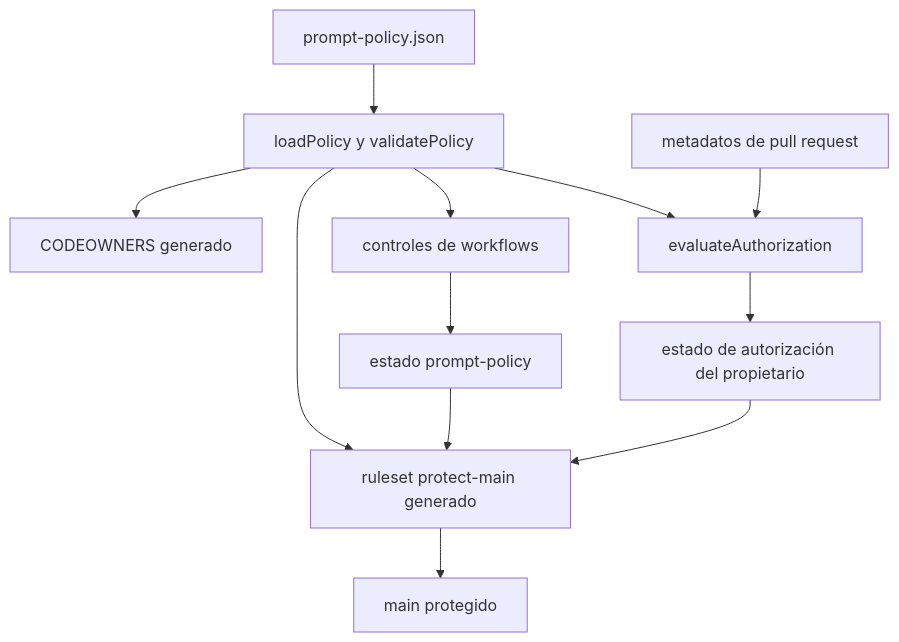
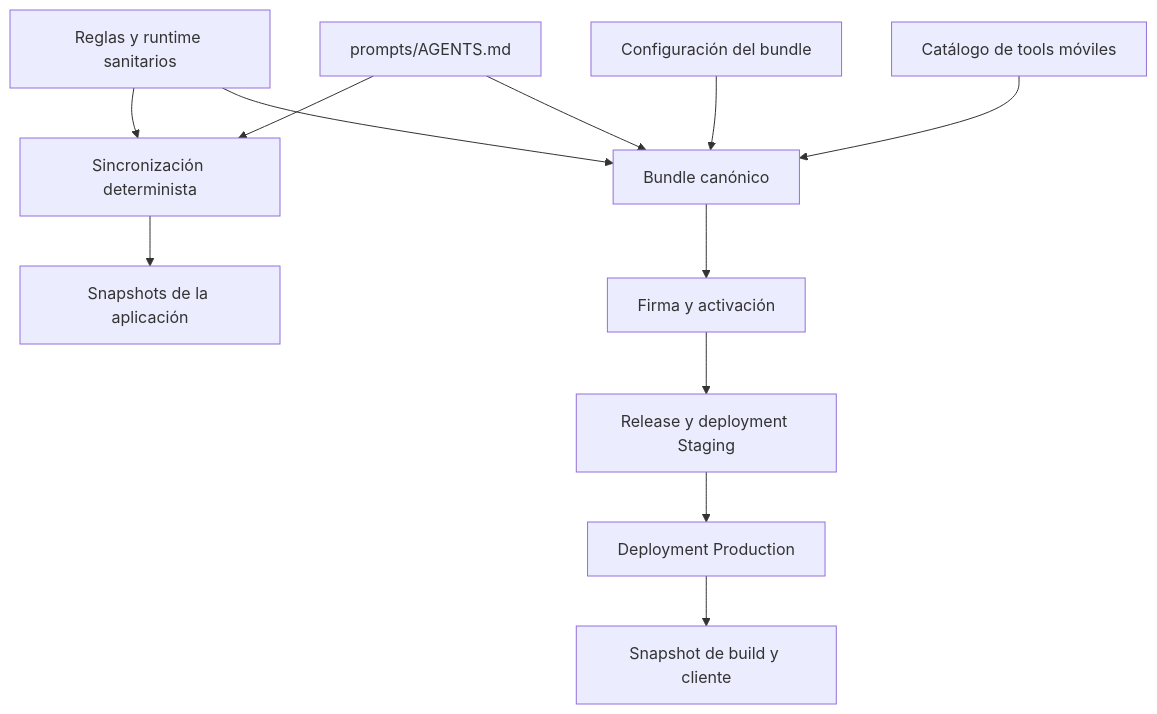
One commit to maximofn/gymnasia changed the diagram in openwiki/operations/prompt-policy-governance.md. Above: the diagram before and after it, drawn with Mermaid. The commit also changed other lines of this file and 49 other files, not shown here.

````diff
--- a/openwiki/operations/prompt-policy-governance.md
+++ b/openwiki/operations/prompt-policy-governance.md
@@ -32,14 +74,14 @@
 ```mermaid
 flowchart TD
-    Policy["prompt-policy.json"] --> Validate["loadPolicy y validatePolicy"]
-    Validate --> Codeowners["CODEOWNERS generado"]
-    Validate --> Ruleset["ruleset protect-main generado"]
-    Validate --> WorkflowChecks["controles de workflows"]
-    PullRequest["metadatos de pull request"] --> Authorization["evaluateAuthorization"]
-    Validate --> Authorization
-    Authorization --> Status["estado de autorización del propietario"]
-    WorkflowChecks --> PolicyStatus["estado prompt-policy"]
-    PolicyStatus --> Ruleset
-    Status --> Ruleset
-    Ruleset --> Main["main protegido"]
+    Health["Reglas y runtime sanitarios"] --> Sync["Sincronización determinista"]
+    Prompt["prompts/AGENTS.md"] --> Sync
+    Sync --> Snapshots["Snapshots de la aplicación"]
+    Prompt --> Bundle["Bundle canónico"]
+    Health --> Bundle
+    Config["Configuración del bundle"] --> Bundle
+    Tools["Catálogo de tools móviles"] --> Bundle
+    Bundle --> Sign["Firma y activación"]
+    Sign --> Staging["Release y deployment Staging"]
+    Staging --> Production["Deployment Production"]
+    Production --> Client["Snapshot de build y cliente"]
 ```
````
